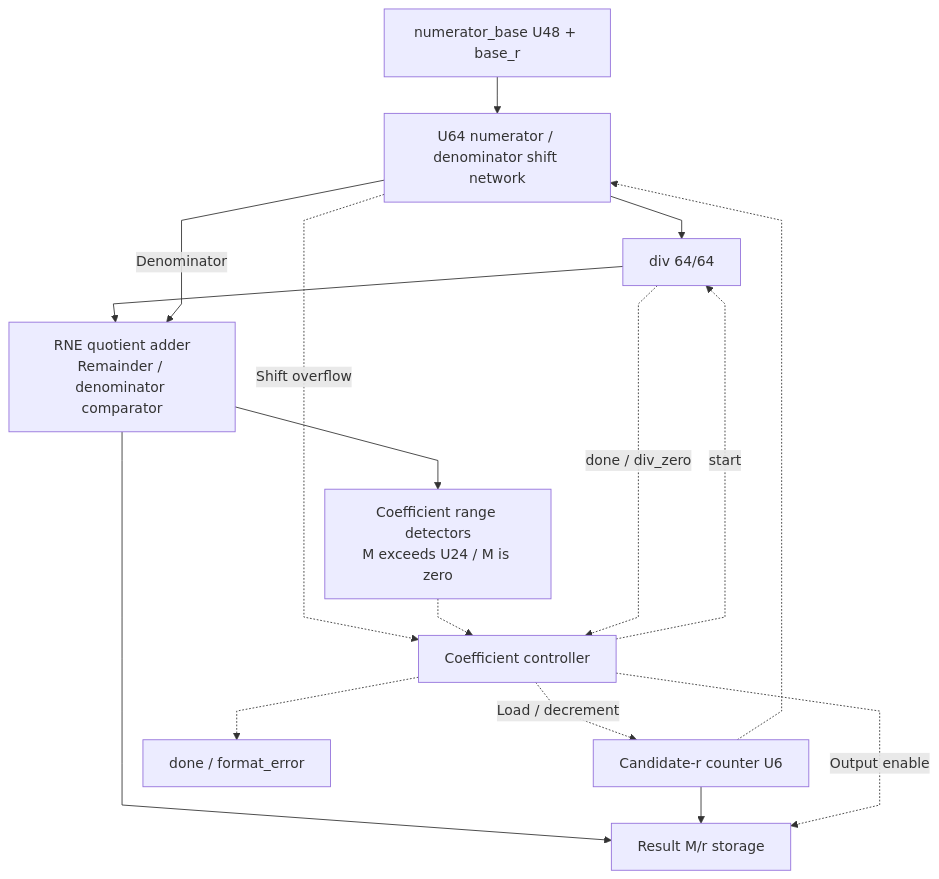
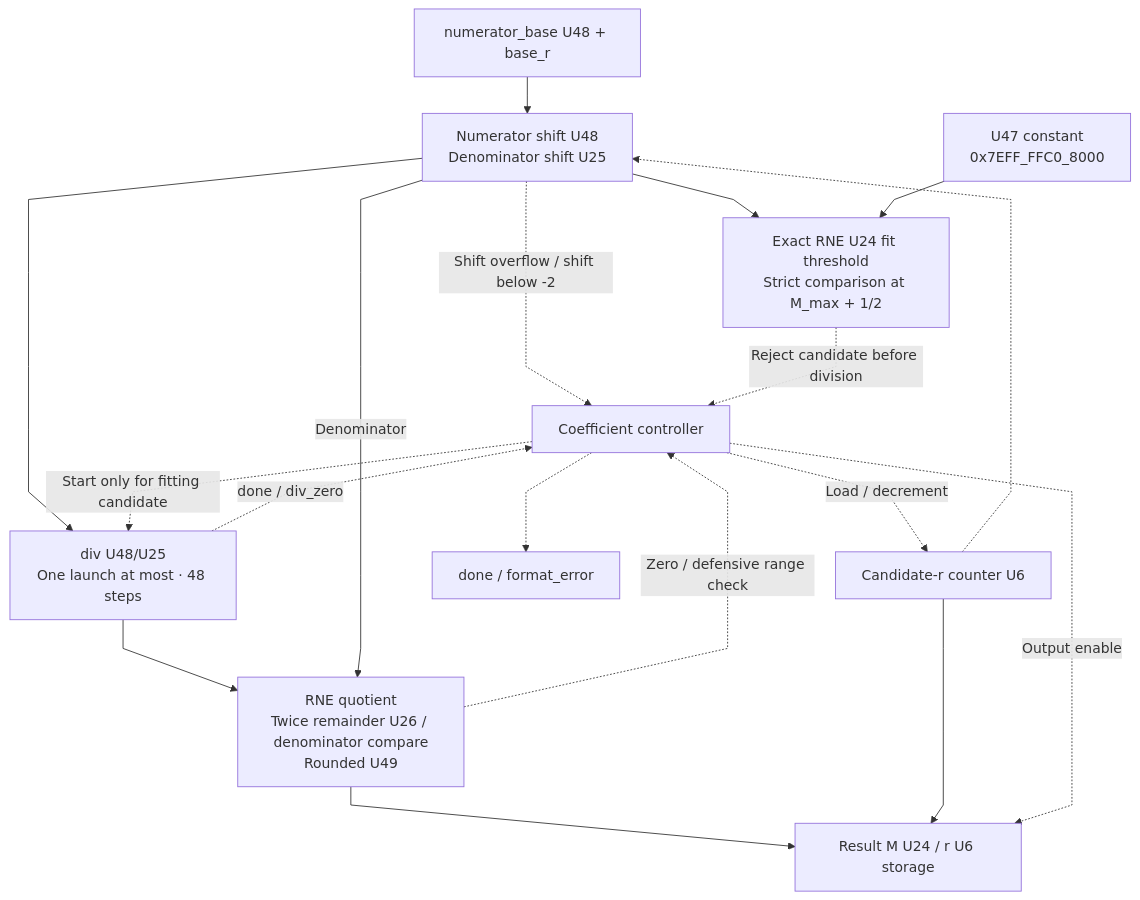
One commit to nguyennhutkhanhtom/NPU changed the second of 2 diagrams in docs/source_guide/blocks/scale_compose.sv.md. Above: the diagram before and after it, drawn with Mermaid. The commit also changed other lines of this file and 123 other files, not shown here.

````diff
--- a/docs/source_guide/blocks/scale_compose.sv.md
+++ b/docs/source_guide/blocks/scale_compose.sv.md
@@ -240,19 +275,21 @@
 ```mermaid
 flowchart TB
 %%{init: {"flowchart": {"subGraphTitleMargin": {"top": 8, "bottom": 20}, "nodeSpacing": 28, "rankSpacing": 42, "curve": "linear"}}}%%
-    BASE["numerator_base U48 + base_r"] --> SHIFT["U64 numerator / denominator shift network"]
+    BASE["numerator_base U48 + base_r"] --> SHIFT["Numerator shift U48<br/>Denominator shift U25"]
     CAND["Candidate-r counter U6"] -.-> SHIFT
-    SHIFT --> DIV["div 64/64"]
-    DIV --> ROUND["RNE quotient adder<br/>Remainder / denominator comparator"]
+    SHIFT --> FIT["Exact RNE U24 fit threshold<br/>Strict comparison at M_max + 1/2"]
+    LIMIT["U47 constant<br/>0x7EFF_FFC0_8000"] --> FIT
+    SHIFT -.->|"Shift overflow / shift below -2"| CTRL["Coefficient controller"]
+    FIT -.->|"Reject candidate before division"| CTRL
+    CTRL -.->|"Load / decrement"| CAND
+    SHIFT --> DIV["div U48/U25<br/>One launch at most · 48 steps"]
+    CTRL -.->|"Start only for fitting candidate"| DIV
+    DIV --> ROUND["RNE quotient<br/>Twice remainder U26 / denominator compare<br/>Rounded U49"]
     SHIFT -->|"Denominator"| ROUND
-    ROUND --> FIT["Coefficient range detectors<br/>M exceeds U24 / M is zero"]
-    SHIFT -.->|"Shift overflow"| CTRL["Coefficient controller"]
-    FIT -.-> CTRL
     DIV -.->|"done / div_zero"| CTRL
-    CTRL -.->|"Load / decrement"| CAND
-    CTRL -.->|"start"| DIV
-    ROUND --> OUT["Result M/r storage"]
+    ROUND -.->|"Zero / defensive range check"| CTRL
+    ROUND --> OUT["Result M U24 / r U6 storage"]
     CAND --> OUT
     CTRL -.->|"Output enable"| OUT
     CTRL -.-> STATUS["done / format_error"]
 ```
````
